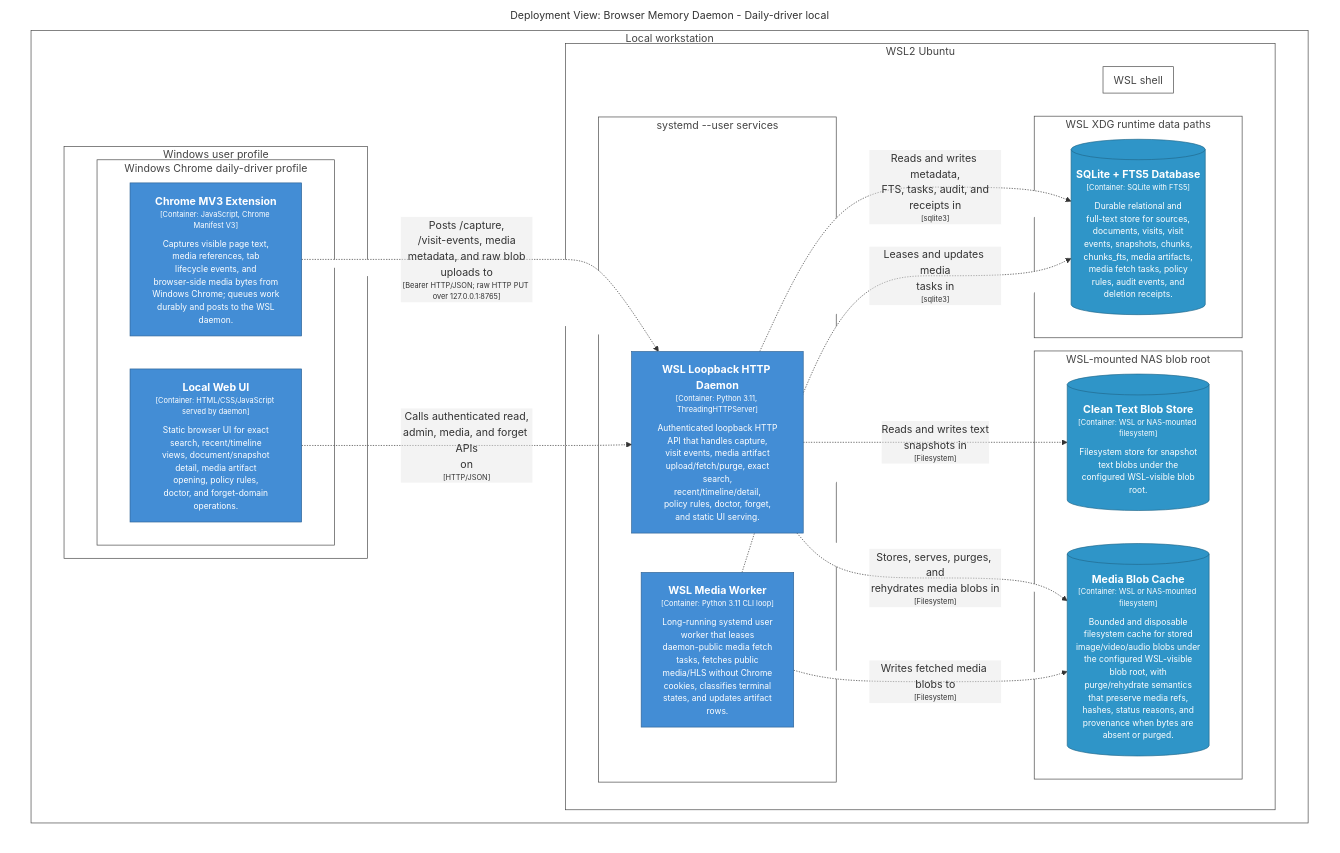
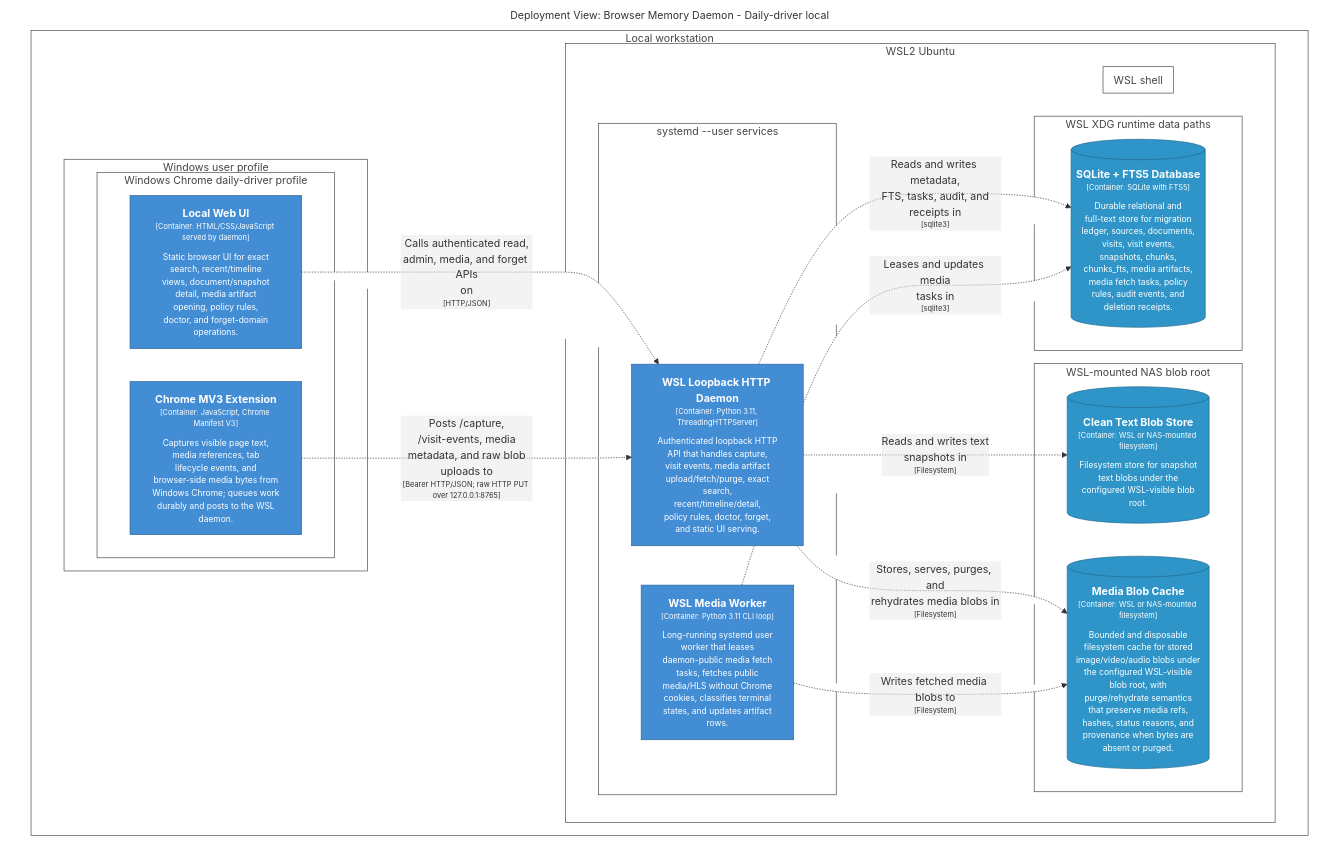
The diagram in docs/architecture/diagrams/markdown/DailyDriverDeployment.md (michaelnicks0/browser-memory-daemon), drawn with Mermaid before and after one commit. The commit also changed 180 other files, not shown here.

Commit message:
feat(db): add versioned migration ledger and compatibility checks

````diff
--- a/docs/architecture/diagrams/markdown/DailyDriverDeployment.md
+++ b/docs/architecture/diagrams/markdown/DailyDriverDeployment.md
@@ -16,71 +16,71 @@
 ```mermaid
 graph TB
   linkStyle default fill:#ffffff
 
   subgraph diagram ["Deployment View: Browser Memory Daemon - Daily-driver local"]
     style diagram fill:#ffffff,stroke:#ffffff
 
-    subgraph 85 ["Local workstation"]
-      style 85 fill:#ffffff,stroke:#444444,color:#444444
+    subgraph 88 ["Local workstation"]
+      style 88 fill:#ffffff,stroke:#444444,color:#444444
 
-      subgraph 86 ["Windows user profile"]
-        style 86 fill:#ffffff,stroke:#444444,color:#444444
+      subgraph 89 ["Windows user profile"]
+        style 89 fill:#ffffff,stroke:#444444,color:#444444
 
-        subgraph 87 ["Windows Chrome daily-driver profile"]
-          style 87 fill:#ffffff,stroke:#444444,color:#444444
+        subgraph 90 ["Windows Chrome daily-driver profile"]
+          style 90 fill:#ffffff,stroke:#444444,color:#444444
 
-          88["<div style='font-weight: bold'>Chrome MV3 Extension</div><div style='font-size: 70%; margin-top: 0px'>[Container: JavaScript, Chrome Manifest V3]</div><div style='font-size: 80%; margin-top:10px'>Captures visible page text,<br />media references, tab<br />lifecycle events, and<br />browser-side media bytes from<br />Windows Chrome; queues work<br />durably and posts to the WSL<br />daemon.</div>"]
-          style 88 fill:#438dd5,stroke:#2e6295,color:#ffffff
-          91["<div style='font-weight: bold'>Local Web UI</div><div style='font-size: 70%; margin-top: 0px'>[Container: HTML/CSS/JavaScript served by daemon]</div><div style='font-size: 80%; margin-top:10px'>Static browser UI for exact<br />search, recent/timeline<br />views, document/snapshot<br />detail, media artifact<br />opening, policy rules,<br />doctor, and forget-domain<br />operations.</div>"]
+          91["<div style='font-weight: bold'>Chrome MV3 Extension</div><div style='font-size: 70%; margin-top: 0px'>[Container: JavaScript, Chrome Manifest V3]</div><div style='font-size: 80%; margin-top:10px'>Captures visible page text,<br />media references, tab<br />lifecycle events, and<br />browser-side media bytes from<br />Windows Chrome; queues work<br />durably and posts to the WSL<br />daemon.</div>"]
           style 91 fill:#438dd5,stroke:#2e6295,color:#ffffff
+          94["<div style='font-weight: bold'>Local Web UI</div><div style='font-size: 70%; margin-top: 0px'>[Container: HTML/CSS/JavaScript served by daemon]</div><div style='font-size: 80%; margin-top:10px'>Static browser UI for exact<br />search, recent/timeline<br />views, document/snapshot<br />detail, media artifact<br />opening, policy rules,<br />doctor, and forget-domain<br />operations.</div>"]
+          style 94 fill:#438dd5,stroke:#2e6295,color:#ffffff
         end
 
       end
 
-      subgraph 93 ["WSL2 Ubuntu"]
-        style 93 fill:#ffffff,stroke:#444444,color:#444444
+      subgraph 96 ["WSL2 Ubuntu"]
+        style 96 fill:#ffffff,stroke:#444444,color:#444444
 
-        subgraph 102 ["WSL XDG runtime data paths"]
+        subgraph 102 ["WSL shell"]
           style 102 fill:#ffffff,stroke:#444444,color:#444444
 
-          103[("<div style='font-weight: bold'>SQLite + FTS5 Database</div><div style='font-size: 70%; margin-top: 0px'>[Container: SQLite with FTS5]</div><div style='font-size: 80%; margin-top:10px'>Durable relational and<br />full-text store for sources,<br />documents, visits, visit<br />events, snapshots, chunks,<br />chunks_fts, media artifacts,<br />media fetch tasks, policy<br />rules, audit events, and<br />deletion receipts.</div>")]
-          style 103 fill:#2f95c8,stroke:#20688c,color:#ffffff
         end
 
-        subgraph 108 ["WSL-mounted NAS blob root"]
-          style 108 fill:#ffffff,stroke:#444444,color:#444444
+        subgraph 105 ["WSL XDG runtime data paths"]
+          style 105 fill:#ffffff,stroke:#444444,color:#444444
 
-          109[("<div style='font-weight: bold'>Clean Text Blob Store</div><div style='font-size: 70%; margin-top: 0px'>[Container: WSL or NAS-mounted filesystem]</div><div style='font-size: 80%; margin-top:10px'>Filesystem store for snapshot<br />text blobs under the<br />configured WSL-visible blob<br />root.</div>")]
-          style 109 fill:#2f95c8,stroke:#20688c,color:#ffffff
-          111[("<div style='font-weight: bold'>Media Blob Cache</div><div style='font-size: 70%; margin-top: 0px'>[Container: WSL or NAS-mounted filesystem]</div><div style='font-size: 80%; margin-top:10px'>Bounded and disposable<br />filesystem cache for stored<br />image/video/audio blobs under<br />the configured WSL-visible<br />blob root, with<br />purge/rehydrate semantics<br />that preserve media refs,<br />hashes, status reasons, and<br />provenance when bytes are<br />absent or purged.</div>")]
-          style 111 fill:#2f95c8,stroke:#20688c,color:#ffffff
+          106[("<div style='font-weight: bold'>SQLite + FTS5 Database</div><div style='font-size: 70%; margin-top: 0px'>[Container: SQLite with FTS5]</div><div style='font-size: 80%; margin-top:10px'>Durable relational and<br />full-text store for migration<br />ledger, sources, documents,<br />visits, visit events,<br />snapshots, chunks,<br />chunks_fts, media artifacts,<br />media fetch tasks, policy<br />rules, audit events, and<br />deletion receipts.</div>")]
+          style 106 fill:#2f95c8,stroke:#20688c,color:#ffffff
         end
 
-        subgraph 94 ["systemd --user services"]
-          style 94 fill:#ffffff,stroke:#444444,color:#444444
+        subgraph 111 ["WSL-mounted NAS blob root"]
+          style 111 fill:#ffffff,stroke:#444444,color:#444444
 
-          95["<div style='font-weight: bold'>WSL Loopback HTTP Daemon</div><div style='font-size: 70%; margin-top: 0px'>[Container: Python 3.11, ThreadingHTTPServer]</div><div style='font-size: 80%; margin-top:10px'>Authenticated loopback HTTP<br />API that handles capture,<br />visit events, media artifact<br />upload/fetch/purge, exact<br />search,<br />recent/timeline/detail,<br />policy rules, doctor, forget,<br />and static UI serving.</div>"]
-          style 95 fill:#438dd5,stroke:#2e6295,color:#ffffff
-          98["<div style='font-weight: bold'>WSL Media Worker</div><div style='font-size: 70%; margin-top: 0px'>[Container: Python 3.11 CLI loop]</div><div style='font-size: 80%; margin-top:10px'>Long-running systemd user<br />worker that leases<br />daemon-public media fetch<br />tasks, fetches public<br />media/HLS without Chrome<br />cookies, classifies terminal<br />states, and updates artifact<br />rows.</div>"]
-          style 98 fill:#438dd5,stroke:#2e6295,color:#ffffff
+          112[("<div style='font-weight: bold'>Clean Text Blob Store</div><div style='font-size: 70%; margin-top: 0px'>[Container: WSL or NAS-mounted filesystem]</div><div style='font-size: 80%; margin-top:10px'>Filesystem store for snapshot<br />text blobs under the<br />configured WSL-visible blob<br />root.</div>")]
+          style 112 fill:#2f95c8,stroke:#20688c,color:#ffffff
+          114[("<div style='font-weight: bold'>Media Blob Cache</div><div style='font-size: 70%; margin-top: 0px'>[Container: WSL or NAS-mounted filesystem]</div><div style='font-size: 80%; margin-top:10px'>Bounded and disposable<br />filesystem cache for stored<br />image/video/audio blobs under<br />the configured WSL-visible<br />blob root, with<br />purge/rehydrate semantics<br />that preserve media refs,<br />hashes, status reasons, and<br />provenance when bytes are<br />absent or purged.</div>")]
+          style 114 fill:#2f95c8,stroke:#20688c,color:#ffffff
         end
 
-        subgraph 99 ["WSL shell"]
-          style 99 fill:#ffffff,stroke:#444444,color:#444444
+        subgraph 97 ["systemd --user services"]
+          style 97 fill:#ffffff,stroke:#444444,color:#444444
 
+          101["<div style='font-weight: bold'>WSL Media Worker</div><div style='font-size: 70%; margin-top: 0px'>[Container: Python 3.11 CLI loop]</div><div style='font-size: 80%; margin-top:10px'>Long-running systemd user<br />worker that leases<br />daemon-public media fetch<br />tasks, fetches public<br />media/HLS without Chrome<br />cookies, classifies terminal<br />states, and updates artifact<br />rows.</div>"]
+          style 101 fill:#438dd5,stroke:#2e6295,color:#ffffff
+          98["<div style='font-weight: bold'>WSL Loopback HTTP Daemon</div><div style='font-size: 70%; margin-top: 0px'>[Container: Python 3.11, ThreadingHTTPServer]</div><div style='font-size: 80%; margin-top:10px'>Authenticated loopback HTTP<br />API that handles capture,<br />visit events, media artifact<br />upload/fetch/purge, exact<br />search,<br />recent/timeline/detail,<br />policy rules, doctor, forget,<br />and static UI serving.</div>"]
+          style 98 fill:#438dd5,stroke:#2e6295,color:#ffffff
         end
 
       end
 
     end
 
-    95-. "<div>Reads and writes metadata,<br />FTS, tasks, audit, and<br />receipts in</div><div style='font-size: 70%'>[sqlite3]</div>" .->103
-    98-. "<div>Leases and updates media<br />tasks in</div><div style='font-size: 70%'>[sqlite3]</div>" .->103
-    95-. "<div>Reads and writes text<br />snapshots in</div><div style='font-size: 70%'>[Filesystem]</div>" .->109
-    95-. "<div>Stores, serves, purges, and<br />rehydrates media blobs in</div><div style='font-size: 70%'>[Filesystem]</div>" .->111
-    98-. "<div>Writes fetched media blobs to</div><div style='font-size: 70%'>[Filesystem]</div>" .->111
-    88-. "<div>Posts /capture,<br />/visit-events, media<br />metadata, and raw blob<br />uploads to</div><div style='font-size: 70%'>[Bearer HTTP/JSON; raw HTTP PUT over 127.0.0.1:8765]</div>" .->95
-    91-. "<div>Calls authenticated read,<br />admin, media, and forget APIs<br />on</div><div style='font-size: 70%'>[HTTP/JSON]</div>" .->95
+    94-. "<div>Calls authenticated read,<br />admin, media, and forget APIs<br />on</div><div style='font-size: 70%'>[HTTP/JSON]</div>" .->98
+    98-. "<div>Reads and writes metadata,<br />FTS, tasks, audit, and<br />receipts in</div><div style='font-size: 70%'>[sqlite3]</div>" .->106
+    101-. "<div>Leases and updates media<br />tasks in</div><div style='font-size: 70%'>[sqlite3]</div>" .->106
+    98-. "<div>Reads and writes text<br />snapshots in</div><div style='font-size: 70%'>[Filesystem]</div>" .->112
+    98-. "<div>Stores, serves, purges, and<br />rehydrates media blobs in</div><div style='font-size: 70%'>[Filesystem]</div>" .->114
+    101-. "<div>Writes fetched media blobs to</div><div style='font-size: 70%'>[Filesystem]</div>" .->114
+    91-. "<div>Posts /capture,<br />/visit-events, media<br />metadata, and raw blob<br />uploads to</div><div style='font-size: 70%'>[Bearer HTTP/JSON; raw HTTP PUT over 127.0.0.1:8765]</div>" .->98
 
   end
 ```
````
